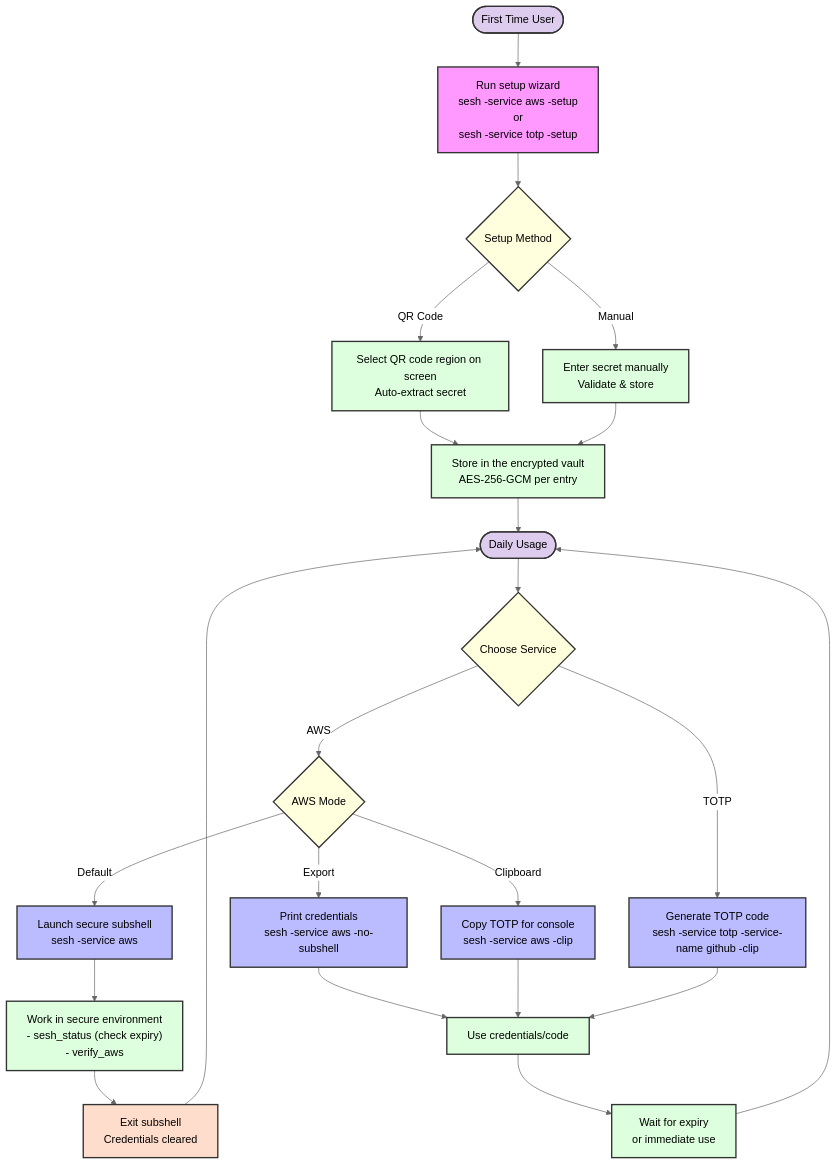
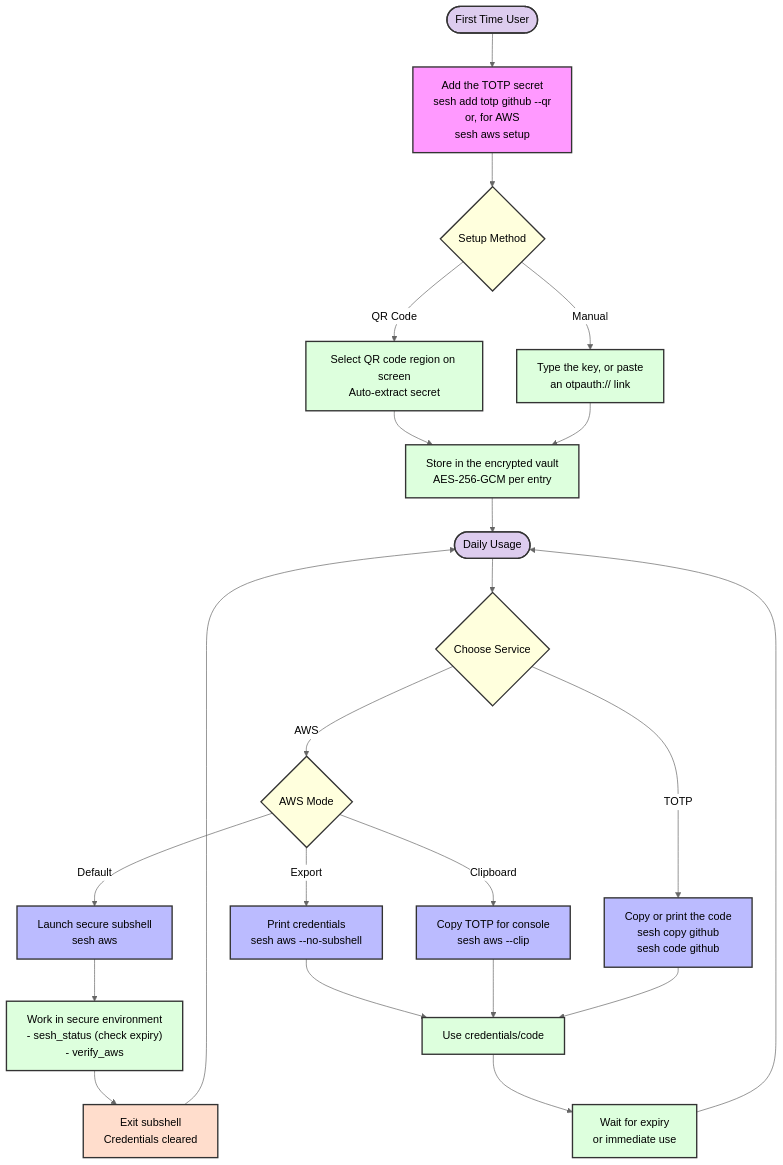
The first of 2 diagrams in docs/USAGE_AND_CONFIGURATION.md (bashhack/sesh), drawn with Mermaid before and after one commit. The commit also changed other lines of this file and 28 other files, not shown here.

````diff
--- a/docs/USAGE_AND_CONFIGURATION.md
+++ b/docs/USAGE_AND_CONFIGURATION.md
@@ -11,42 +11,42 @@
 ```mermaid
 %%{init: {'theme': 'neutral'}}%%
 flowchart TD
     classDef start fill:#dce,stroke:#333,stroke-width:2px
     classDef process fill:#dfd,stroke:#333,stroke-width:2px
     classDef decision fill:#ffd,stroke:#333,stroke-width:2px
     classDef endNode fill:#fdc,stroke:#333,stroke-width:2px
     classDef sesh fill:#bbf,stroke:#333,stroke-width:2px
     classDef setup fill:#f9f,stroke:#333,stroke-width:2px
 
-    Start([First Time User]):::start --> Setup["Run setup wizard<br>sesh -service aws -setup<br>or<br>sesh -service totp -setup"]:::setup
+    Start([First Time User]):::start --> Setup["Add the TOTP secret<br>sesh add totp github --qr<br>or, for AWS<br>sesh aws setup"]:::setup
     
     Setup --> SetupChoice{"Setup Method"}:::decision
     SetupChoice -->|"QR Code"| QR["Select QR code region on screen<br>Auto-extract secret"]:::process
-    SetupChoice -->|"Manual"| Manual["Enter secret manually<br>Validate & store"]:::process
+    SetupChoice -->|"Manual"| Manual["Type the key, or paste<br>an otpauth:// link"]:::process
     
     QR --> Vault["Store in the encrypted vault<br>AES-256-GCM per entry"]:::process
     Manual --> Vault
     
     Vault --> Daily([Daily Usage]):::start
     
     Daily --> Service{"Choose Service"}:::decision
     
     Service -->|"AWS"| AWSChoice{"AWS Mode"}:::decision
-    AWSChoice -->|"Default"| Subshell["Launch secure subshell<br>sesh -service aws"]:::sesh
-    AWSChoice -->|"Export"| Export["Print credentials<br>sesh -service aws -no-subshell"]:::sesh
-    AWSChoice -->|"Clipboard"| AWSClip["Copy TOTP for console<br>sesh -service aws -clip"]:::sesh
+    AWSChoice -->|"Default"| Subshell["Launch secure subshell<br>sesh aws"]:::sesh
+    AWSChoice -->|"Export"| Export["Print credentials<br>sesh aws --no-subshell"]:::sesh
+    AWSChoice -->|"Clipboard"| AWSClip["Copy TOTP for console<br>sesh aws --clip"]:::sesh
     
-    Service -->|"TOTP"| TOTP["Generate TOTP code<br>sesh -service totp -service-name github -clip"]:::sesh
+    Service -->|"TOTP"| TOTP["Copy or print the code<br>sesh copy github<br>sesh code github"]:::sesh
     
     Subshell --> Work["Work in secure environment<br>- sesh_status (check expiry)<br>- verify_aws"]:::process
     Work --> Exit["Exit subshell<br>Credentials cleared"]:::endNode
     
     Export --> Use["Use credentials/code"]:::process
     AWSClip --> Use
     TOTP --> Use
     
     Use --> Expire["Wait for expiry<br>or immediate use"]:::process
     Expire --> Daily
     
     Exit --> Daily
 ```
````
